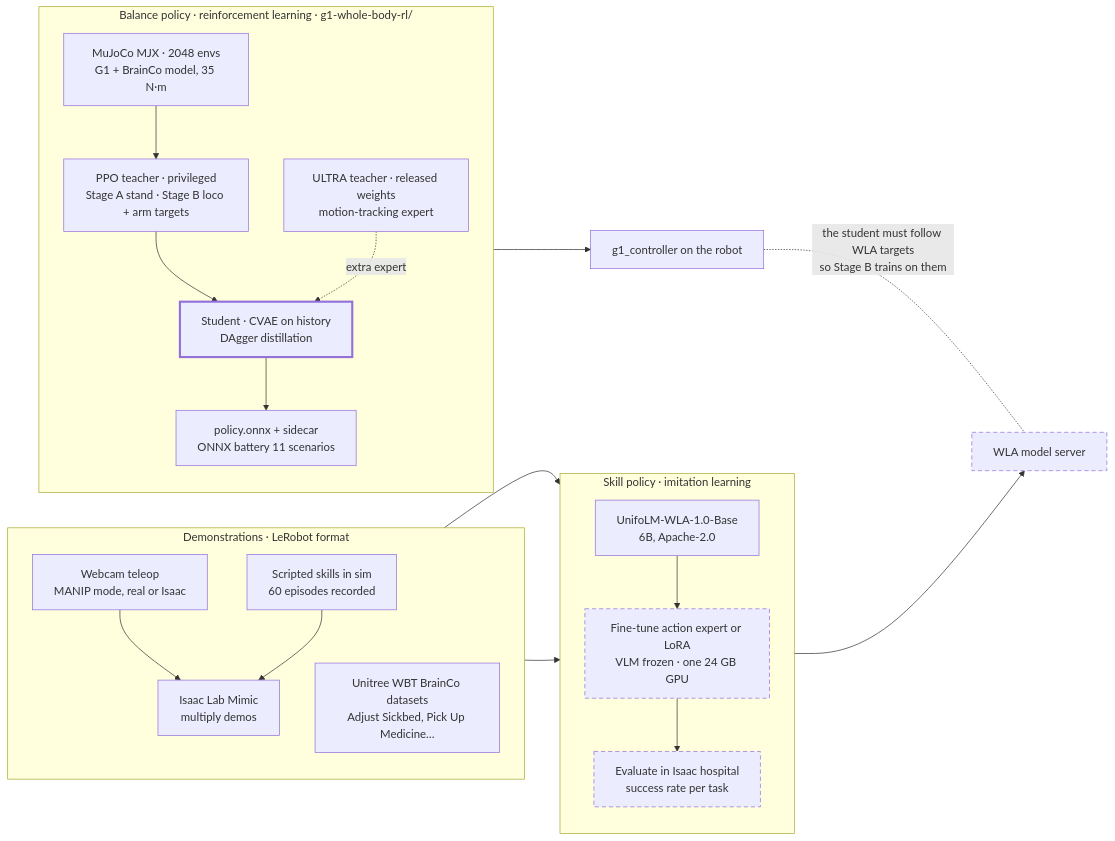
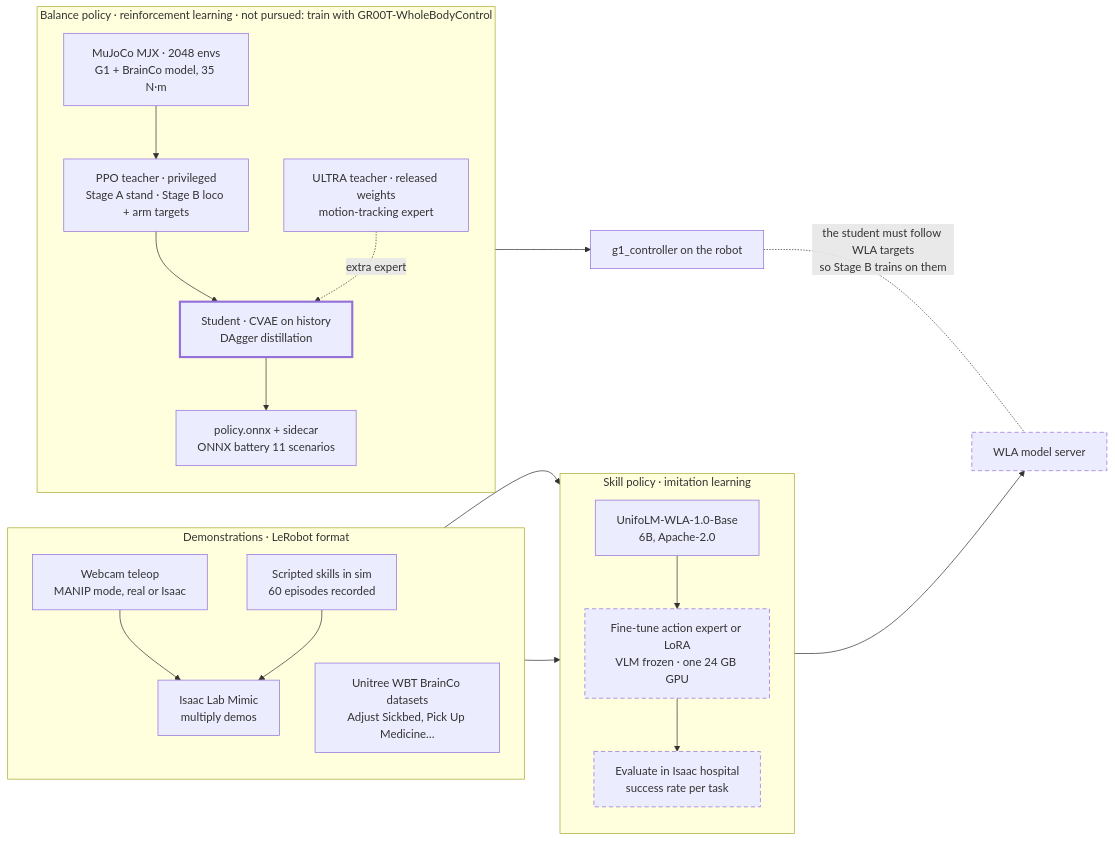
One commit to Bkrakshith/hospital-sim changed the fifth of 5 diagrams in docs/architecture.md. Above: the diagram before and after it, drawn with Mermaid. The commit also changed other lines of this file and 5 other files, not shown here.

First line of the commit message:
Retire g1-whole-body-rl: the walking G1 uses NVIDIA GEAR-SONIC

````diff
--- a/docs/architecture.md
+++ b/docs/architecture.md
@@ -221,41 +221,41 @@
 ```mermaid
 flowchart LR
-  subgraph RL["Balance policy · reinforcement learning · g1-whole-body-rl/"]
+  subgraph RL["Balance policy · reinforcement learning · not pursued: train with GR00T-WholeBodyControl"]
     direction TB
     MJX["MuJoCo MJX · 2048 envs<br/>G1 + BrainCo model, 35 N·m"]
     TEA["PPO teacher · privileged<br/>Stage A stand · Stage B loco + arm targets"]
     ULT["ULTRA teacher · released weights<br/>motion-tracking expert"]
     STU["Student · CVAE on history<br/>DAgger distillation"]:::todo
     ONNX["policy.onnx + sidecar<br/>ONNX battery 11 scenarios"]
     MJX --> TEA --> STU
     ULT -. "extra expert" .-> STU
     STU --> ONNX
   end
 
   subgraph DATA["Demonstrations · LeRobot format"]
     direction TB
     TEL["Webcam teleop<br/>MANIP mode, real or Isaac"]
     SCR["Scripted skills in sim<br/>60 episodes recorded"]
     UNI["Unitree WBT BrainCo datasets<br/>Adjust Sickbed, Pick Up Medicine…"]
     MIM["Isaac Lab Mimic<br/>multiply demos"]
     TEL --> MIM
     SCR --> MIM
   end
 
   subgraph VLA["Skill policy · imitation learning"]
     direction TB
     BASE["UnifoLM-WLA-1.0-Base<br/>6B, Apache-2.0"]
     FT["Fine-tune action expert or LoRA<br/>VLM frozen · one 24 GB GPU"]:::planned
     EVAL["Evaluate in Isaac hospital<br/>success rate per task"]:::planned
     BASE --> FT --> EVAL
   end
 
   ONNX --> CTRL2["g1_controller on the robot"]
   MIM --> FT
   UNI --> FT
   EVAL --> SRV2["WLA model server"]:::planned
   CTRL2 -. "the student must follow WLA targets<br/>so Stage B trains on them" .- SRV2
 
   classDef planned stroke-dasharray: 6 4
   classDef todo stroke-width: 3px
 ```
````
